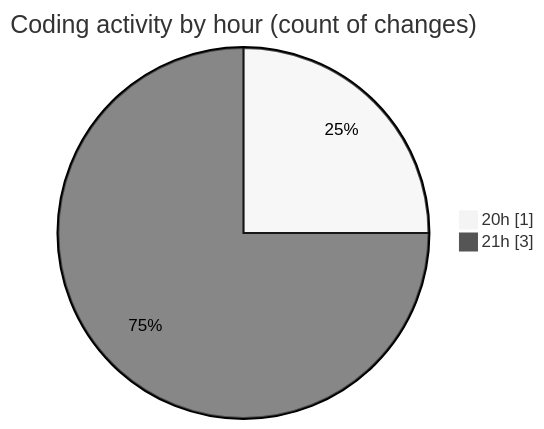
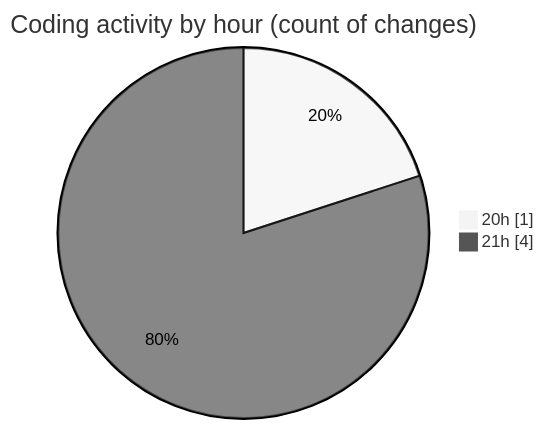
Before and after one commit to donsfak/code-tracking: the second of 2 diagrams in 2025-02-06/portofolio/README.md, drawn with Mermaid (neutral theme). The commit also changed other lines of this file and 1 other file, not shown here.

````diff
--- a/2025-02-06/portofolio/README.md
+++ b/2025-02-06/portofolio/README.md
@@ -32,6 +34,6 @@
 ```mermaid
 pie showData
 title Coding activity by hour (count of changes)
 "20h" : 1
-"21h" : 3
+"21h" : 4
 ```
````
